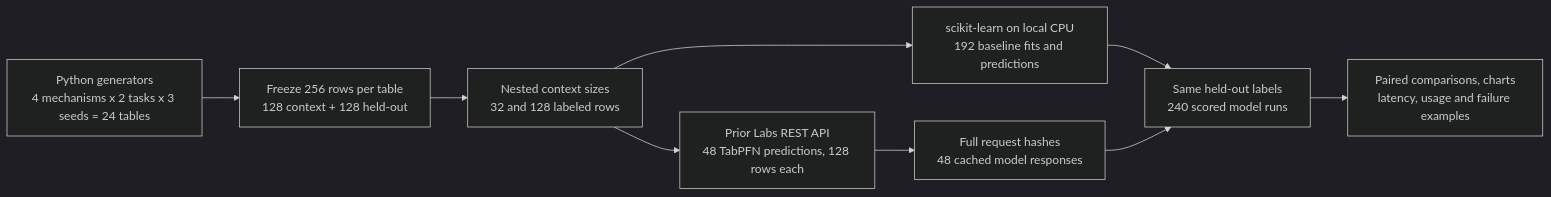
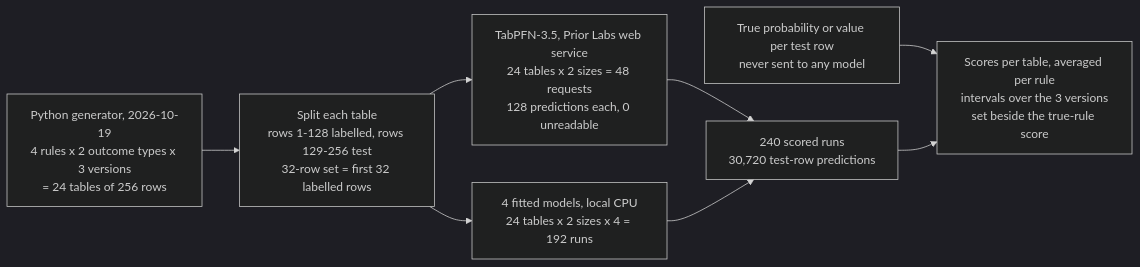
One commit to k-sandhu/experiment-notebooks changed the diagram in notebooks/14-tabular-zero-shot/README.md. Above: the diagram before and after it, drawn with Mermaid (dark theme). The commit also changed other lines of this file and 2 other files, not shown here.

````diff
--- a/notebooks/14-tabular-zero-shot/README.md
+++ b/notebooks/14-tabular-zero-shot/README.md
@@ -40,11 +106,10 @@
 ```mermaid
 flowchart LR
-    A["Python generators<br/>4 mechanisms x 2 tasks x 3 seeds = 24 tables"] --> B["Freeze 256 rows per table<br/>128 context + 128 held-out"]
-    B --> C["Nested context sizes<br/>32 and 128 labeled rows"]
-    C --> D["Prior Labs REST API<br/>48 TabPFN predictions, 128 rows each"]
-    C --> E["scikit-learn on local CPU<br/>192 baseline fits and predictions"]
-    D --> F["Full request hashes<br/>48 cached model responses"]
-    E --> G["Same held-out labels<br/>240 scored model runs"]
-    F --> G
-    G --> H["Paired comparisons, charts<br/>latency, usage and failure examples"]
+    A["Python generator, 2026-10-19<br/>4 rules x 2 outcome types x 3 versions<br/>= 24 tables of 256 rows"] --> B["Split each table<br/>rows 1-128 labelled, rows 129-256 test<br/>32-row set = first 32 labelled rows"]
+    B --> C["TabPFN-3.5, Prior Labs web service<br/>24 tables x 2 sizes = 48 requests<br/>128 predictions each, 0 unreadable"]
+    B --> D["4 fitted models, local CPU<br/>24 tables x 2 sizes x 4 = 192 runs"]
+    C --> E["240 scored runs<br/>30,720 test-row predictions"]
+    D --> E
+    T["True probability or value per test row<br/>never sent to any model"] --> F
+    E --> F["Scores per table, averaged per rule<br/>intervals over the 3 versions<br/>set beside the true-rule score"]
 ```
````
